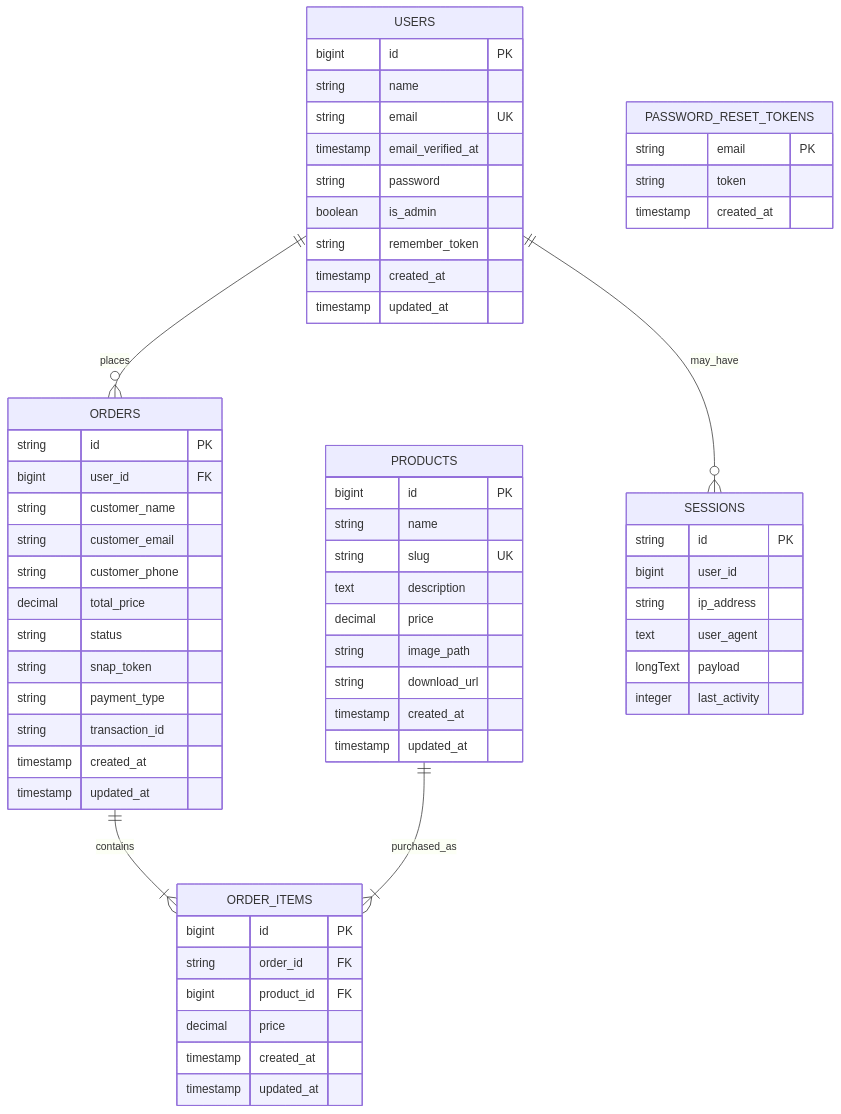
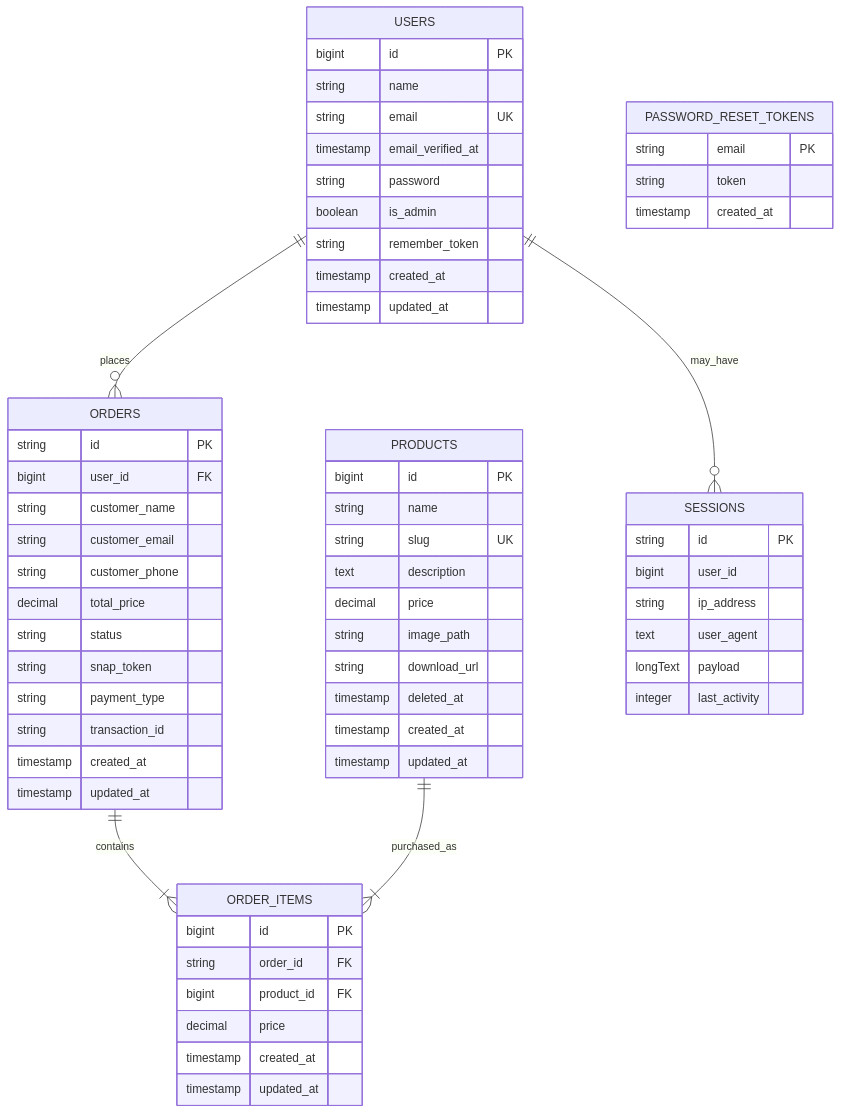
The seventh of 7 diagrams in Project-kelompok-app/docs/UML_Karsa_Studio.md (mufid1012/Laravel), drawn with Mermaid before and after one commit. The commit also changed other lines of this file and 20 other files, not shown here.

````diff
--- a/Project-kelompok-app/docs/UML_Karsa_Studio.md
+++ b/Project-kelompok-app/docs/UML_Karsa_Studio.md
@@ -436,70 +463,71 @@
 ```mermaid
 erDiagram
     USERS {
         bigint id PK
         string name
         string email UK
         timestamp email_verified_at
         string password
         boolean is_admin
         string remember_token
         timestamp created_at
         timestamp updated_at
     }
 
     PRODUCTS {
         bigint id PK
         string name
         string slug UK
         text description
         decimal price
         string image_path
         string download_url
+        timestamp deleted_at
         timestamp created_at
         timestamp updated_at
     }
 
     ORDERS {
         string id PK
         bigint user_id FK
         string customer_name
         string customer_email
         string customer_phone
         decimal total_price
         string status
         string snap_token
         string payment_type
         string transaction_id
         timestamp created_at
         timestamp updated_at
     }
 
     ORDER_ITEMS {
         bigint id PK
         string order_id FK
         bigint product_id FK
         decimal price
         timestamp created_at
         timestamp updated_at
     }
 
     PASSWORD_RESET_TOKENS {
         string email PK
         string token
         timestamp created_at
     }
 
     SESSIONS {
         string id PK
         bigint user_id
         string ip_address
         text user_agent
         longText payload
         integer last_activity
     }
 
     ORDERS ||--|{ ORDER_ITEMS : contains
     PRODUCTS ||--|{ ORDER_ITEMS : purchased_as
     USERS ||--o{ ORDERS : places
     USERS ||--o{ SESSIONS : may_have
 ```
````
